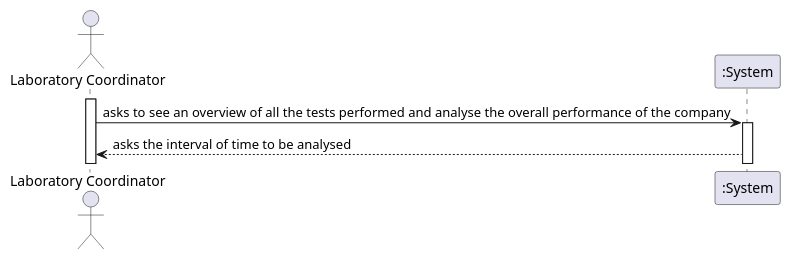
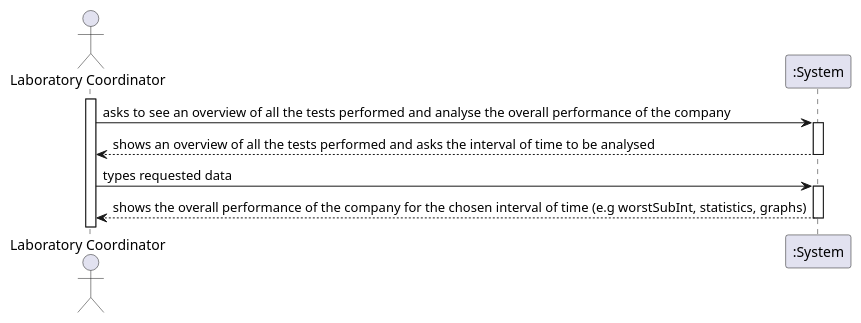
The diagram in docs/SprintD/US_16/US16_SSD.puml (ana-albergaria/LAPR2-ISEP), drawn with PlantUML before and after one commit. The commit also changed 1 other file, not shown here.

```diff
--- a/docs/SprintD/US_16/US16_SSD.puml
+++ b/docs/SprintD/US_16/US16_SSD.puml
@@ -1,10 +1,16 @@
 @startuml
 
 actor "Laboratory Coordinator" as LC
 
 activate LC
 LC-> ":System" : asks to see an overview of all the tests performed and analyse the overall performance of the company
 activate ":System"
-":System" --> LC : asks the interval of time to be analysed
+":System" --> LC : shows an overview of all the tests performed and asks the interval of time to be analysed
+deactivate ":System"
+
+LC-> ":System" : types requested data
+activate ":System"
+":System" --> LC : shows the overall performance of the company for the chosen interval of time (e.g worstSubInt, statistics, graphs)
+deactivate ":System"
 
 @enduml
```
